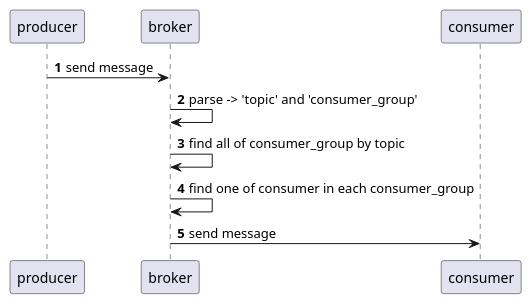
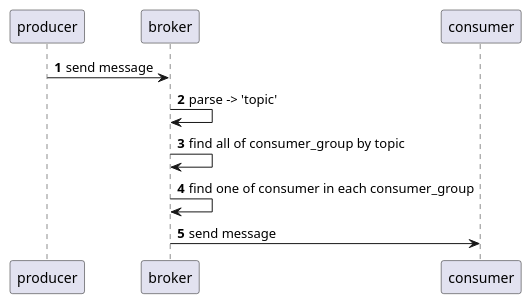
The diagram in docs/broker/消息转发.puml (zexho994/Jinx), drawn with PlantUML before and after one commit. The commit also changed 5 other files, not shown here.

```diff
--- a/docs/broker/消息转发.puml
+++ b/docs/broker/消息转发.puml
@@ -1,10 +1,10 @@
 @startuml
 autonumber
 
 producer -> broker : send message
-broker -> broker : parse -> 'topic' and 'consumer_group'
+broker -> broker : parse -> 'topic'
 broker -> broker : find all of consumer_group by topic
 broker -> broker : find one of consumer in each consumer_group
 broker -> consumer : send message
 
 @enduml
```
